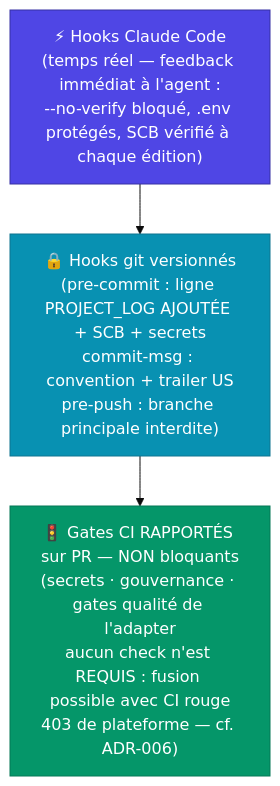
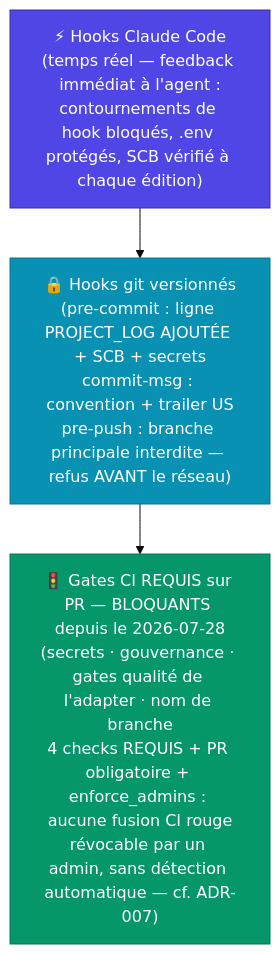
The first of 4 diagrams in docs/SQUAD_GUIDE.md (gitgdx/Concentration), drawn with Mermaid (base theme) before and after one commit. The commit also changed other lines of this file and 16 other files, not shown here.

````diff
--- a/docs/SQUAD_GUIDE.md
+++ b/docs/SQUAD_GUIDE.md
@@ -42,12 +56,12 @@
 ```mermaid
 graph TD
-    A["⚡ Hooks Claude Code\n(temps réel — feedback immédiat à l'agent :\n--no-verify bloqué, .env protégés, SCB vérifié à chaque édition)"]
-    B["🔒 Hooks git versionnés\n(pre-commit : ligne PROJECT_LOG AJOUTÉE + SCB + secrets\ncommit-msg : convention + trailer US\npre-push : branche principale interdite)"]
-    C["🚦 Gates CI RAPPORTÉS sur PR — NON bloquants\n(secrets · gouvernance · gates qualité de l'adapter\naucun check n'est REQUIS : fusion possible avec CI rouge\n403 de plateforme — cf. ADR-006)"]
+    A["⚡ Hooks Claude Code\n(temps réel — feedback immédiat à l'agent :\ncontournements de hook bloqués, .env protégés, SCB vérifié à chaque édition)"]
+    B["🔒 Hooks git versionnés\n(pre-commit : ligne PROJECT_LOG AJOUTÉE + SCB + secrets\ncommit-msg : convention + trailer US\npre-push : branche principale interdite — refus AVANT le réseau)"]
+    C["🚦 Gates CI REQUIS sur PR — BLOQUANTS depuis le 2026-07-28\n(secrets · gouvernance · gates qualité de l'adapter · nom de branche\n4 checks REQUIS + PR obligatoire + enforce_admins : aucune fusion CI rouge\nrévocable par un admin, sans détection automatique — cf. ADR-007)"]
 
     A --> B --> C
 
     style A fill:#4f46e5,color:#fff,stroke:#3730a3
     style B fill:#0891b2,color:#fff,stroke:#0e7490
     style C fill:#059669,color:#fff,stroke:#047857
 ```
````
